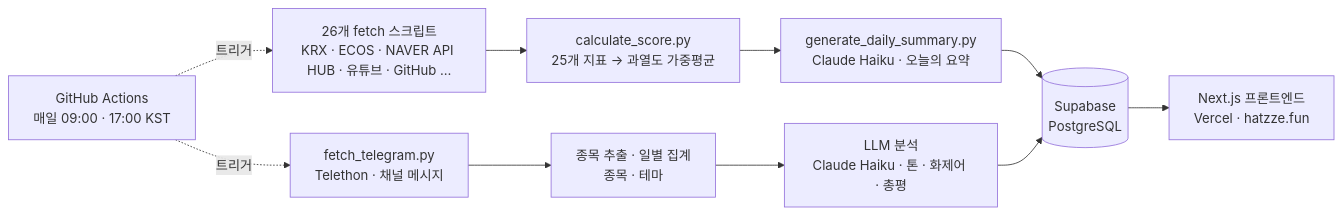
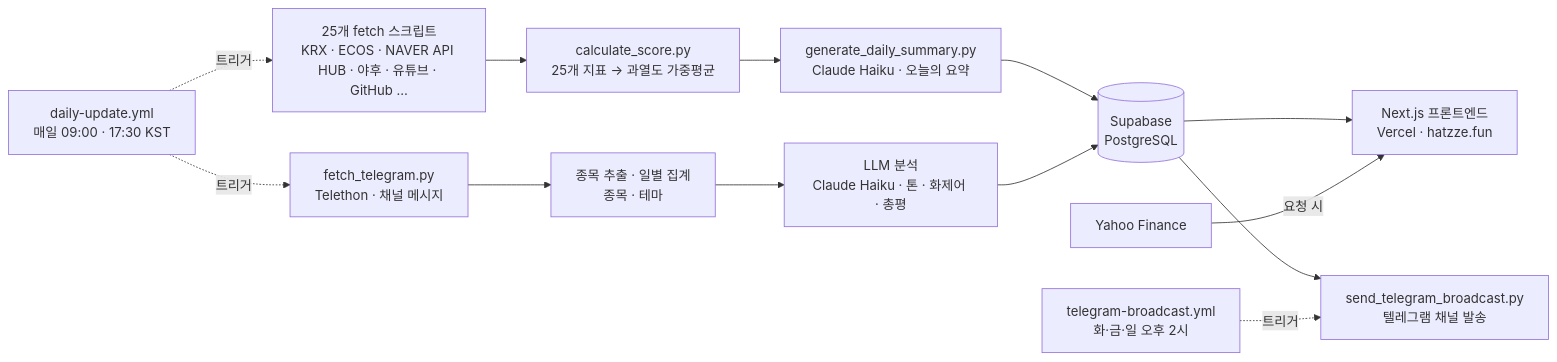
The diagram in README.md (drakedog-kr/hatzze), drawn with Mermaid before and after one commit. The commit also changed other lines of this file, not shown here.

````diff
--- a/README.md
+++ b/README.md
@@ -57,12 +81,15 @@
 ```mermaid
 flowchart LR
-    A["26개 fetch 스크립트<br/>KRX · ECOS · NAVER API HUB · 유튜브 · GitHub …"] --> B["calculate_score.py<br/>25개 지표 → 과열도 가중평균"]
+    A["25개 fetch 스크립트<br/>KRX · ECOS · NAVER API HUB · 야후 · 유튜브 · GitHub …"] --> B["calculate_score.py<br/>25개 지표 → 과열도 가중평균"]
     B --> C["generate_daily_summary.py<br/>Claude Haiku · 오늘의 요약"]
     C --> D[("Supabase<br/>PostgreSQL")]
     T1["fetch_telegram.py<br/>Telethon · 채널 메시지"] --> T2["종목 추출 · 일별 집계<br/>종목 · 테마"]
     T2 --> T3["LLM 분석<br/>Claude Haiku · 톤 · 화제어 · 총평"]
     T3 --> D
     D --> E["Next.js 프론트엔드<br/>Vercel · hatzze.fun"]
-    G["GitHub Actions<br/>매일 09:00 · 17:00 KST"] -.->|트리거| A
+    D --> S["send_telegram_broadcast.py<br/>텔레그램 채널 발송"]
+    Y["Yahoo Finance"] -->|요청 시| E
+    G["daily-update.yml<br/>매일 09:00 · 17:30 KST"] -.->|트리거| A
     G -.->|트리거| T1
+    W["telegram-broadcast.yml<br/>화·금·일 오후 2시"] -.->|트리거| S
 ```
````
